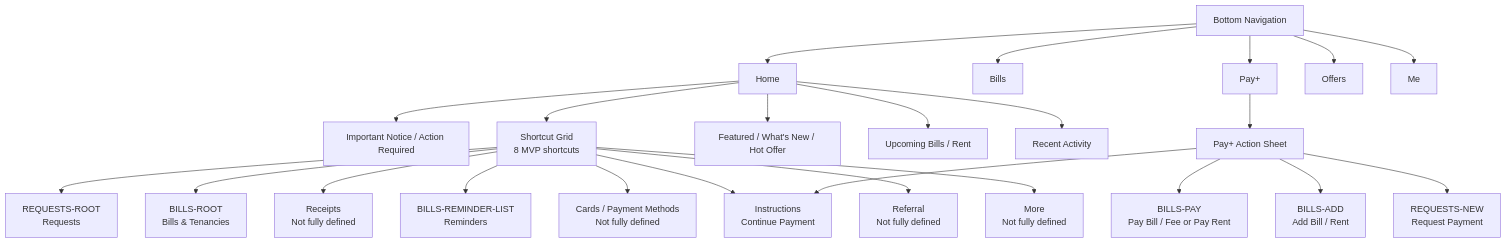
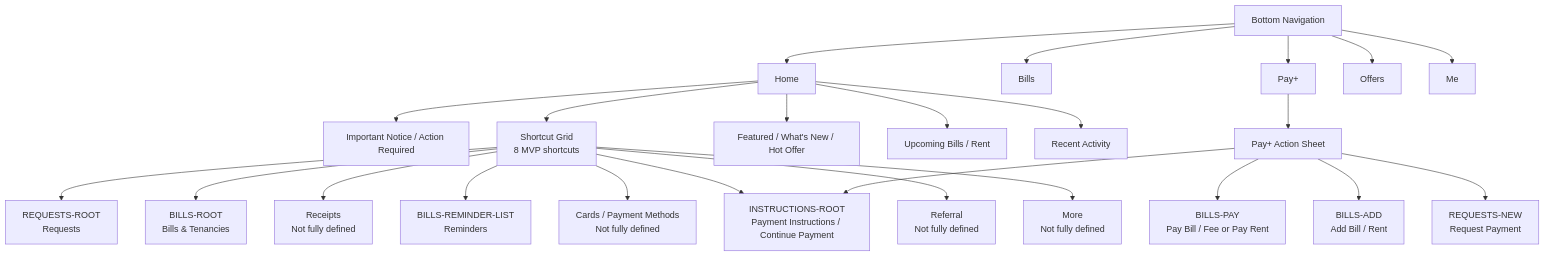
Before and after one commit to adminpayplus/payplus-docs: the first of 4 diagrams in docs/diagrams/payplus-app-route-entry-map.md, drawn with Mermaid. The commit also changed other lines of this file and 10 other files, not shown here.

Commit message:
Define payment instructions route

````diff
--- a/docs/diagrams/payplus-app-route-entry-map.md
+++ b/docs/diagrams/payplus-app-route-entry-map.md
@@ -17,31 +17,31 @@
 ```mermaid
 flowchart TD
   NAV["Bottom Navigation"]
 
   NAV --> HOME["Home"]
   NAV --> BILLS["Bills"]
   NAV --> PAYPLUS["Pay+"]
   NAV --> OFFERS["Offers"]
   NAV --> ME["Me"]
 
   HOME --> HNOTICE["Important Notice / Action Required"]
   HOME --> HSHORTCUTS["Shortcut Grid<br/>8 MVP shortcuts"]
   HOME --> HFEATURED["Featured / What's New / Hot Offer"]
   HOME --> HUPCOMING["Upcoming Bills / Rent"]
   HOME --> HRECENT["Recent Activity"]
 
   PAYPLUS --> PACTIONS["Pay+ Action Sheet"]
   PACTIONS --> BPAY["BILLS-PAY<br/>Pay Bill / Fee or Pay Rent"]
   PACTIONS --> BADD["BILLS-ADD<br/>Add Bill / Rent"]
-  PACTIONS --> INSTRUCTIONS["Instructions<br/>Continue Payment"]
+  PACTIONS --> INSTRUCTIONS["INSTRUCTIONS-ROOT<br/>Payment Instructions / Continue Payment"]
   PACTIONS --> RNEW["REQUESTS-NEW<br/>Request Payment"]
 
   HSHORTCUTS --> REQROOT["REQUESTS-ROOT<br/>Requests"]
   HSHORTCUTS --> INSTRUCTIONS
   HSHORTCUTS --> BROOT["BILLS-ROOT<br/>Bills & Tenancies"]
   HSHORTCUTS --> RECEIPTS["Receipts<br/>Not fully defined"]
   HSHORTCUTS --> REMINDERS["BILLS-REMINDER-LIST<br/>Reminders"]
   HSHORTCUTS --> CARDS["Cards / Payment Methods<br/>Not fully defined"]
   HSHORTCUTS --> REFERRAL["Referral<br/>Not fully defined"]
   HSHORTCUTS --> MORE["More<br/>Not fully defined"]
 ```
````
